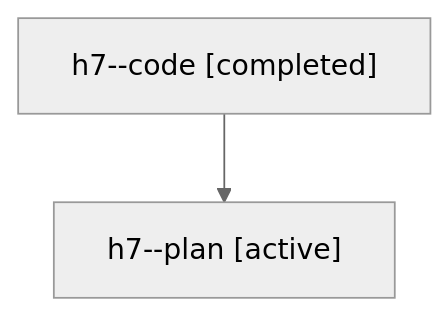
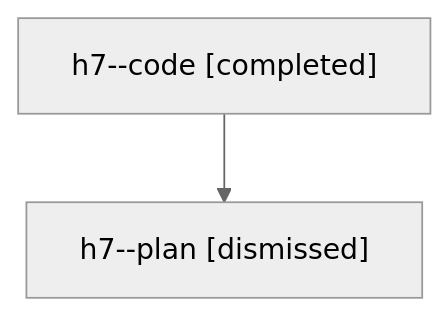
The diagram in sessions/bbugyi200.athena.h7.md (sase-org/sase--agents), drawn with Mermaid (neutral theme) before and after one commit. The commit also changed other lines of this file and 29 other files, not shown here.

````diff
--- a/sessions/bbugyi200.athena.h7.md
+++ b/sessions/bbugyi200.athena.h7.md
@@ -9,6 +9,6 @@
 ```mermaid
 flowchart TD
   n0["h7--code [completed]"]
-  n1["h7--plan [active]"]
+  n1["h7--plan [dismissed]"]
   n0 --> n1
 ```
````
